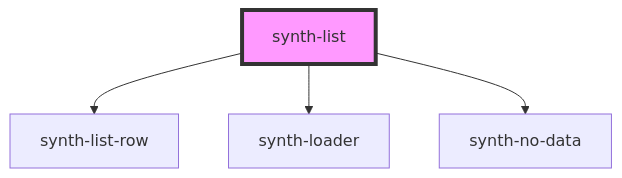
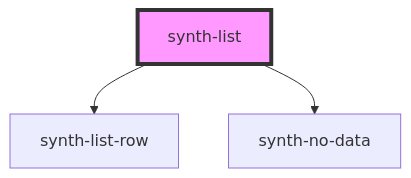
The diagram in packages/synth-components/src/components/list/readme.md (adrianiy/synth-ui), drawn with Mermaid before and after one commit. The commit also changed other lines of this file and 26 other files, not shown here.

````diff
--- a/packages/synth-components/src/components/list/readme.md
+++ b/packages/synth-components/src/components/list/readme.md
@@ -32,7 +31,6 @@
 ```mermaid
 graph TD;
   synth-list --> synth-list-row
-  synth-list --> synth-loader
   synth-list --> synth-no-data
   style synth-list fill:#f9f,stroke:#333,stroke-width:4px
 ```
````
